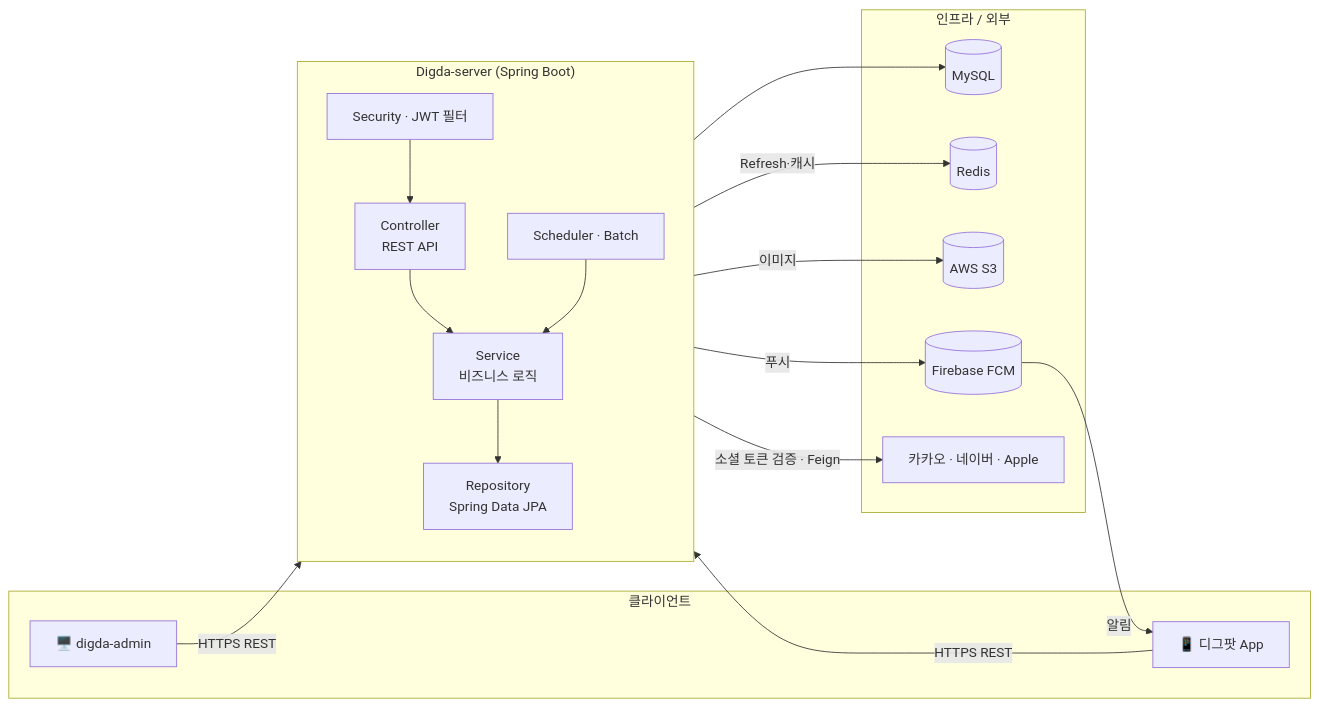
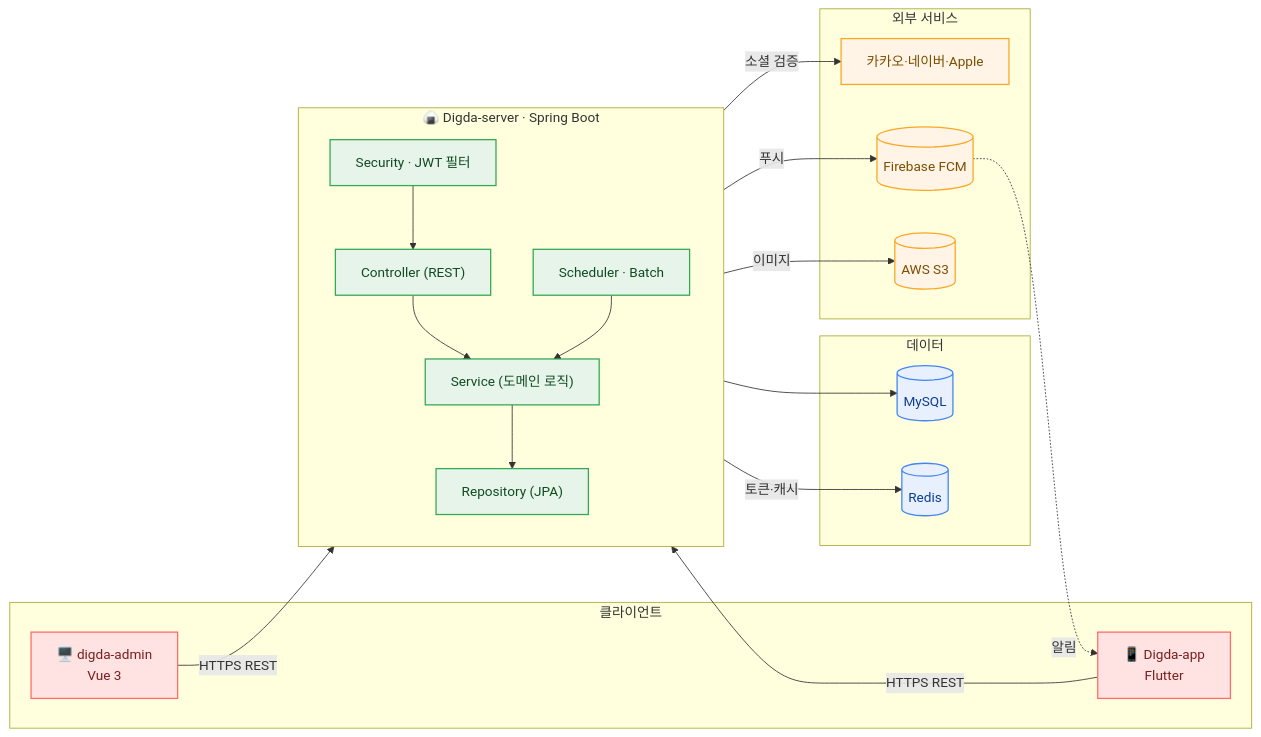
One commit to Digpot/Digda-server changed the first of 4 diagrams in README.md. Above: the diagram before and after it, drawn with Mermaid. The commit also changed other lines of this file, not shown here.

First line of the commit message:
@ docs(server): README 다이어그램 스타일링 + 로컬 실행 섹션 제거

````diff
--- a/README.md
+++ b/README.md
@@ -54,34 +46,43 @@
 ```mermaid
 flowchart LR
-    subgraph Clients["클라이언트"]
-        APP[📱 디그팟 App]
-        ADMIN[🖥️ digda-admin]
+    subgraph CLIENT["클라이언트"]
+        APP["📱 Digda-app<br/>Flutter"]
+        ADMIN["🖥️ digda-admin<br/>Vue 3"]
     end
 
-    subgraph Server["Digda-server (Spring Boot)"]
+    subgraph SERVER["🍙 Digda-server · Spring Boot"]
         direction TB
-        CTRL[Controller<br/>REST API] --> SVC[Service<br/>비즈니스 로직]
-        SVC --> REPO[Repository<br/>Spring Data JPA]
-        SEC[Security · JWT 필터]
-        SCHED[Scheduler · Batch]
+        SEC["Security · JWT 필터"]
+        CTRL["Controller (REST)"]
+        SVC["Service (도메인 로직)"]
+        REPO["Repository (JPA)"]
+        SCHED["Scheduler · Batch"]
+        SEC --> CTRL --> SVC --> REPO
+        SCHED --> SVC
     end
 
-    subgraph Infra["인프라 / 외부"]
-        DB[(MySQL)]
-        REDIS[(Redis)]
-        S3[(AWS S3)]
-        FCM[(Firebase FCM)]
-        OAUTH[카카오 · 네이버 · Apple]
+    subgraph DATA["데이터"]
+        DB[("MySQL")]
+        REDIS[("Redis")]
+    end
+    subgraph EXT["외부 서비스"]
+        OAUTH["카카오·네이버·Apple"]
+        FCM[("Firebase FCM")]
+        S3[("AWS S3")]
     end
 
-    APP -->|HTTPS REST| SEC
-    ADMIN -->|HTTPS REST| SEC
-    SEC --> CTRL
+    APP & ADMIN -->|HTTPS REST| SEC
     REPO --> DB
-    SVC -->|Refresh·캐시| REDIS
+    SVC -->|토큰·캐시| REDIS
+    SVC -->|소셜 검증| OAUTH
     SVC -->|이미지| S3
     SVC -->|푸시| FCM
-    SVC -->|소셜 토큰 검증 · Feign| OAUTH
-    SCHED --> SVC
-    FCM -->|알림| APP
+    FCM -.알림.-> APP
+
+    classDef client fill:#FFE2E2,stroke:#FF6B6B,stroke-width:1.5px,color:#7A1F1F;
+    classDef server fill:#E6F4EA,stroke:#34A853,stroke-width:1.5px,color:#114B22;
+    classDef data fill:#E8F0FE,stroke:#4285F4,stroke-width:1.5px,color:#0B3D91;
+    classDef ext fill:#FFF4E5,stroke:#F9A825,stroke-width:1.5px,color:#7A4F00;
+    class APP,ADMIN client; class SEC,CTRL,SVC,REPO,SCHED server;
+    class DB,REDIS data; class OAUTH,FCM,S3 ext;
 ```
````
